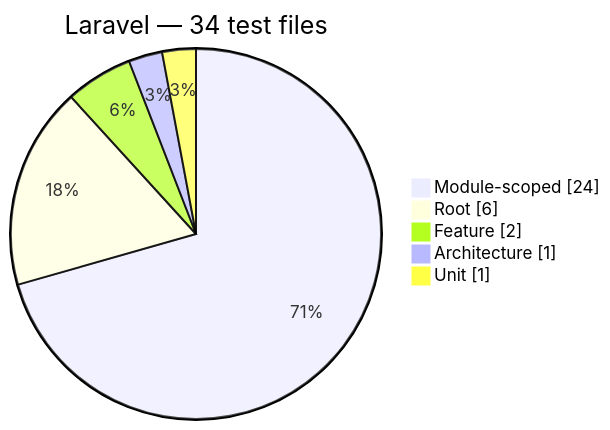
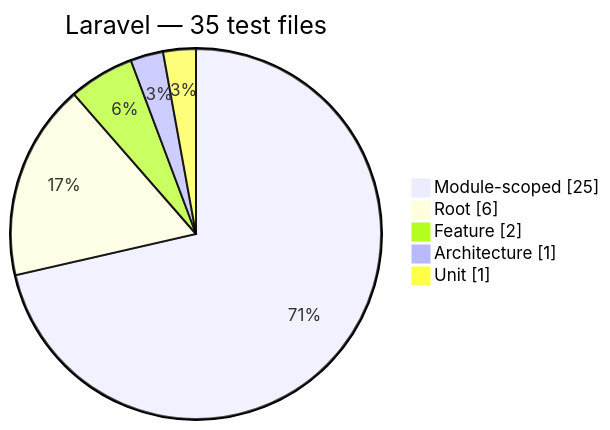
One commit to Mohammed-Alama/php-arazzo changed diagram 12 of 12 in docs/generated/test-composition.md. Above: the diagram before and after it, drawn with Mermaid. The commit also changed other lines of this file and 17 other files, not shown here.

````diff
--- a/docs/generated/test-composition.md
+++ b/docs/generated/test-composition.md
@@ -180,9 +180,9 @@
 ```mermaid
 pie showData
-    title Laravel — 34 test files
-    "Module-scoped": 24
+    title Laravel — 35 test files
+    "Module-scoped": 25
     "Root": 6
     "Feature": 2
     "Architecture": 1
     "Unit": 1
 ```
````
